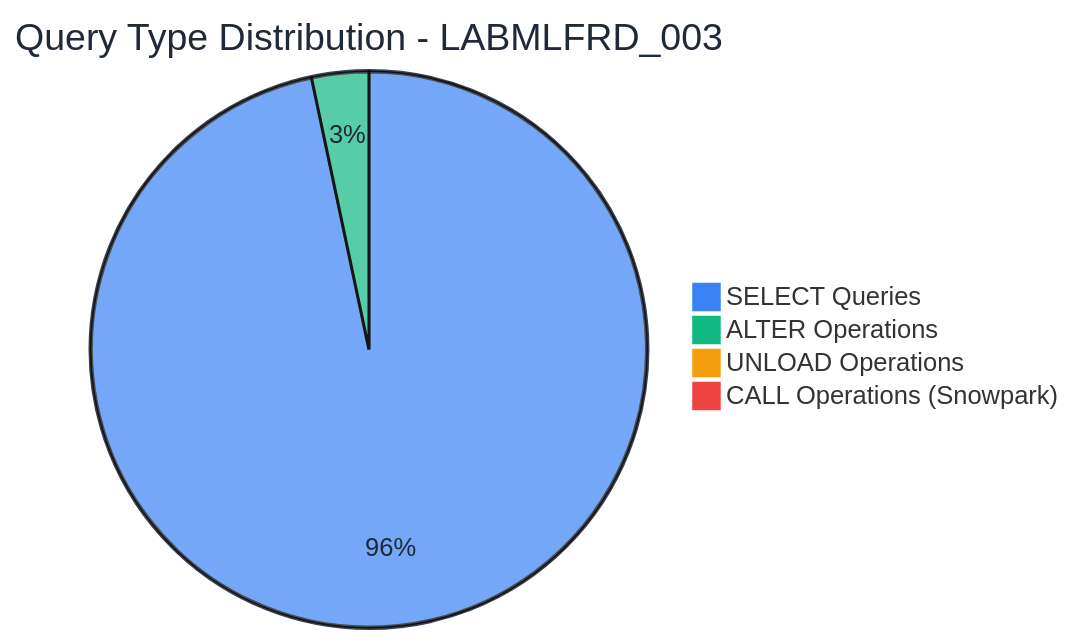
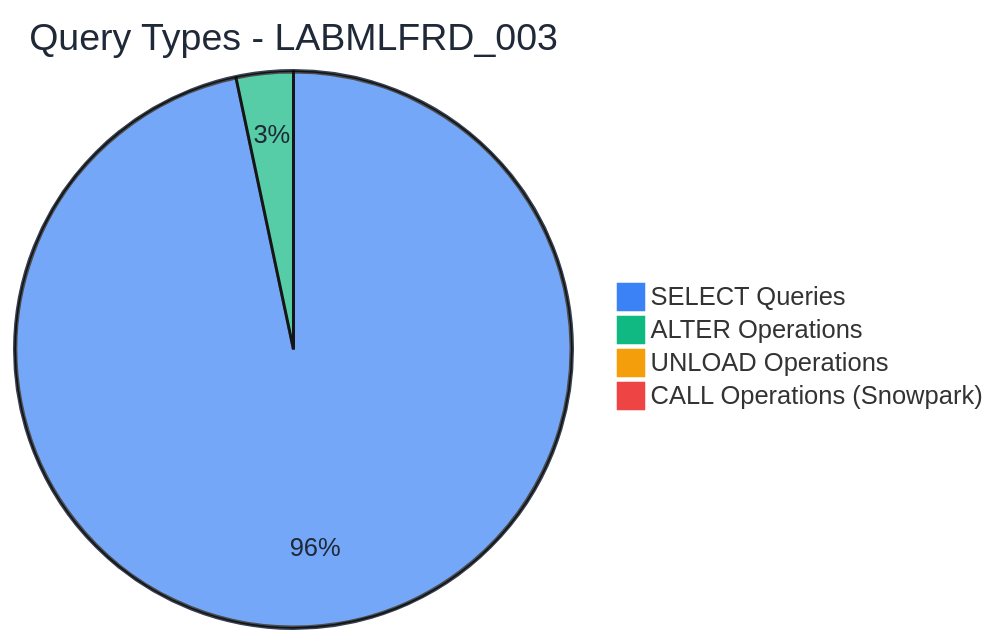
The fifth of 9 diagrams in WH Analysis/FRAUMD_Warehouse_Analysis_Guide.md (sfc-gh-mhindi/REPO_CBA), drawn with Mermaid before and after one commit. The commit also changed other lines of this file, not shown here.

First line of the commit message:
Shortened pie chart titles to prevent trimming

````diff
--- a/WH Analysis/FRAUMD_Warehouse_Analysis_Guide.md
+++ b/WH Analysis/FRAUMD_Warehouse_Analysis_Guide.md
@@ -237,8 +237,8 @@
 ```mermaid
 %%{init: {'theme':'base', 'themeVariables': { 'pie1': '#3b82f6', 'pie2': '#10b981', 'pie3': '#f59e0b', 'pie4': '#ef4444', 'pieTitleTextColor': '#1f2937', 'pieSectionTextColor': '#1f2937', 'pieOuterStrokeColor': '#374151', 'background': '#ffffff'}}}%%
-pie title Query Type Distribution - LABMLFRD_003
+pie title Query Types - LABMLFRD_003
     "SELECT Queries" : 100065
     "ALTER Operations" : 3436
     "UNLOAD Operations" : 148
     "CALL Operations (Snowpark)" : 139
 ```
````
